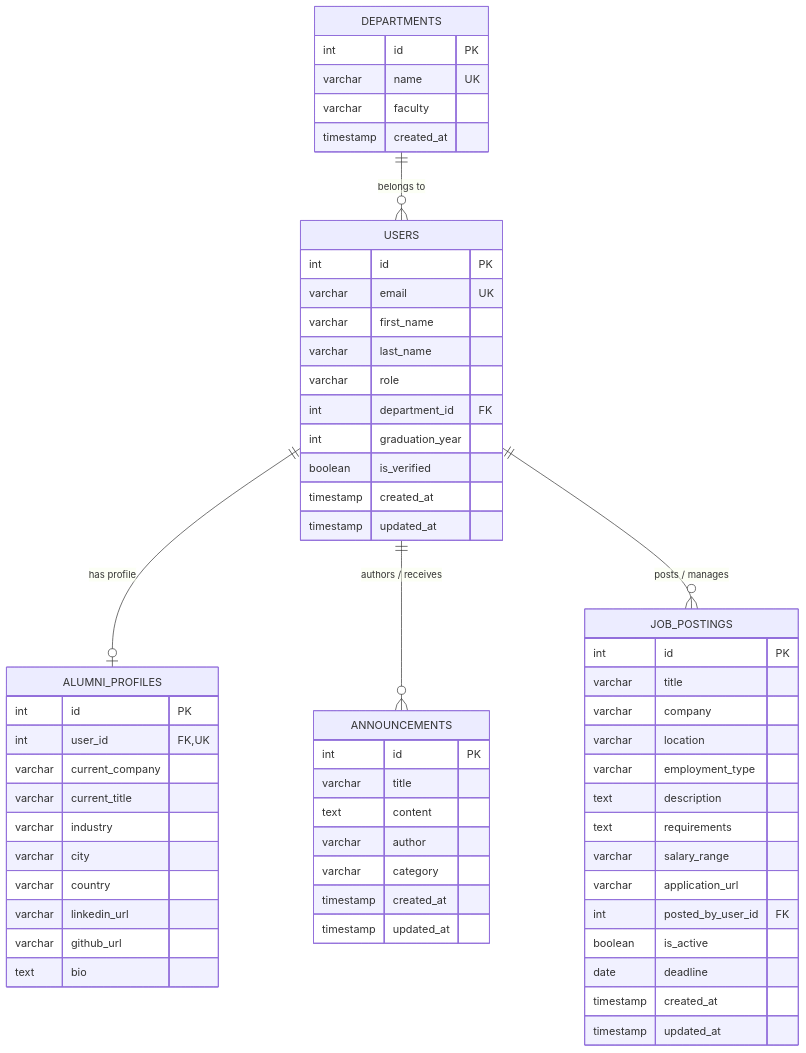
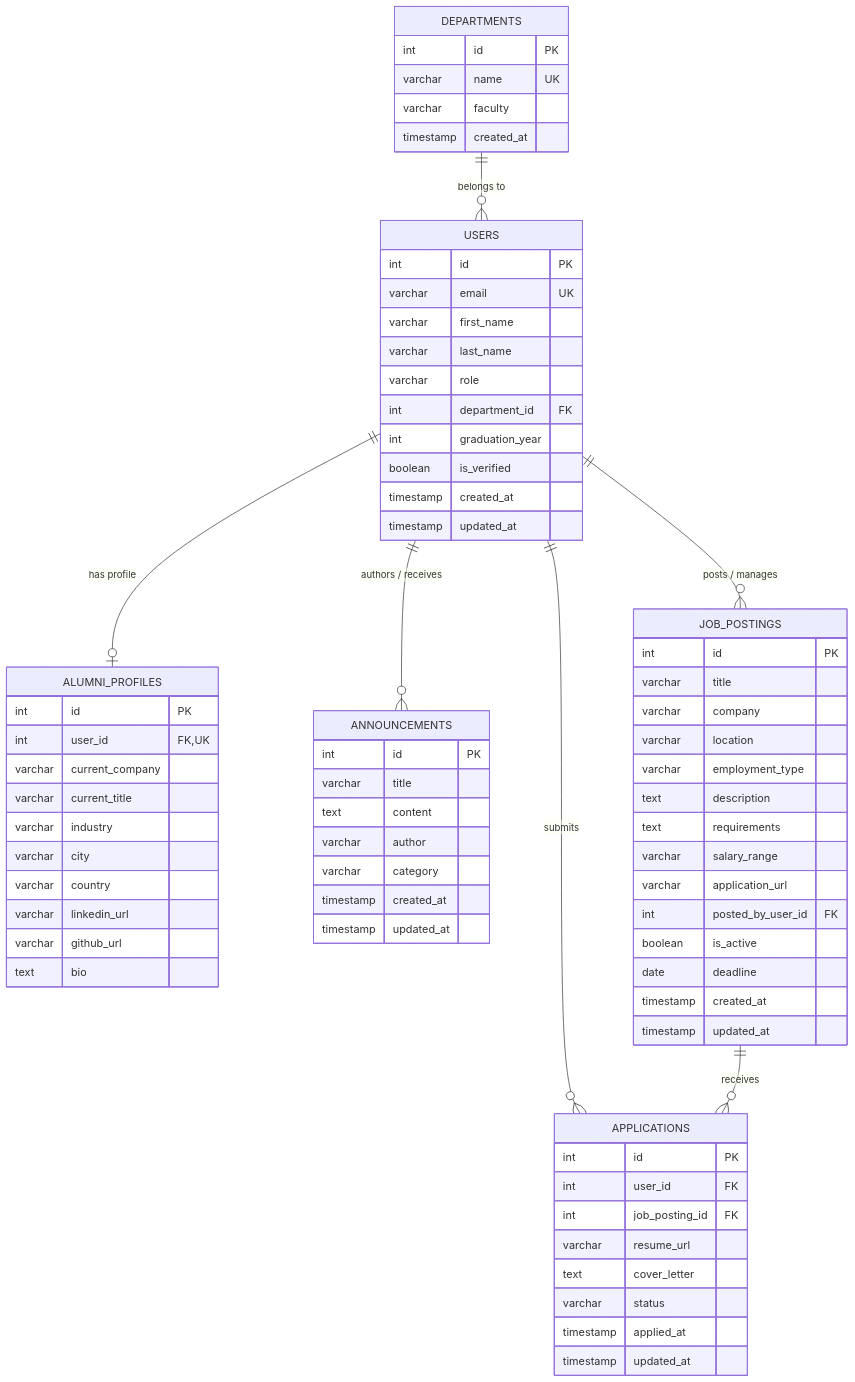
Before and after one commit to ceydasenemyigit/alumni: the diagram in README.md, drawn with Mermaid. The commit also changed other lines of this file and 26 other files, not shown here.

Commit message:
feat: implement applications action table resolving user and job_postings N:M relation with migration, models, MVC views, and REST API

````diff
--- a/README.md
+++ b/README.md
@@ -85,67 +85,80 @@
 ```mermaid
 erDiagram
     DEPARTMENTS ||--o{ USERS : "belongs to"
     USERS ||--o| ALUMNI_PROFILES : "has profile"
     USERS ||--o{ ANNOUNCEMENTS : "authors / receives"
     USERS ||--o{ JOB_POSTINGS : "posts / manages"
+    USERS ||--o{ APPLICATIONS : "submits"
+    JOB_POSTINGS ||--o{ APPLICATIONS : "receives"
 
     DEPARTMENTS {
         int id PK
         varchar name UK
         varchar faculty
         timestamp created_at
     }
 
     USERS {
         int id PK
         varchar email UK
         varchar first_name
         varchar last_name
         varchar role
         int department_id FK
         int graduation_year
         boolean is_verified
         timestamp created_at
         timestamp updated_at
     }
 
     ALUMNI_PROFILES {
         int id PK
         int user_id FK, UK
         varchar current_company
         varchar current_title
         varchar industry
         varchar city
         varchar country
         varchar linkedin_url
         varchar github_url
         text bio
     }
 
     ANNOUNCEMENTS {
         int id PK
         varchar title
         text content
         varchar author
         varchar category
         timestamp created_at
         timestamp updated_at
     }
 
     JOB_POSTINGS {
         int id PK
         varchar title
         varchar company
         varchar location
         varchar employment_type
         text description
         text requirements
         varchar salary_range
         varchar application_url
         int posted_by_user_id FK
         boolean is_active
         date deadline
         timestamp created_at
         timestamp updated_at
     }
+
+    APPLICATIONS {
+        int id PK
+        int user_id FK
+        int job_posting_id FK
+        varchar resume_url
+        text cover_letter
+        varchar status
+        timestamp applied_at
+        timestamp updated_at
+    }
 ```
````
